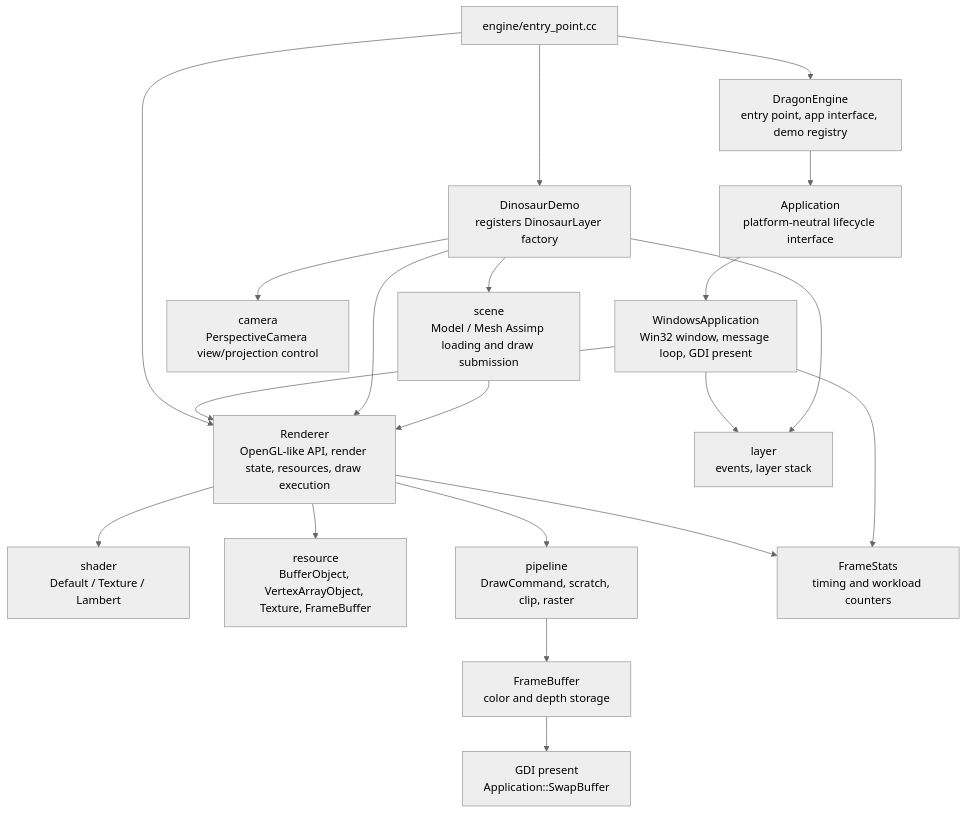
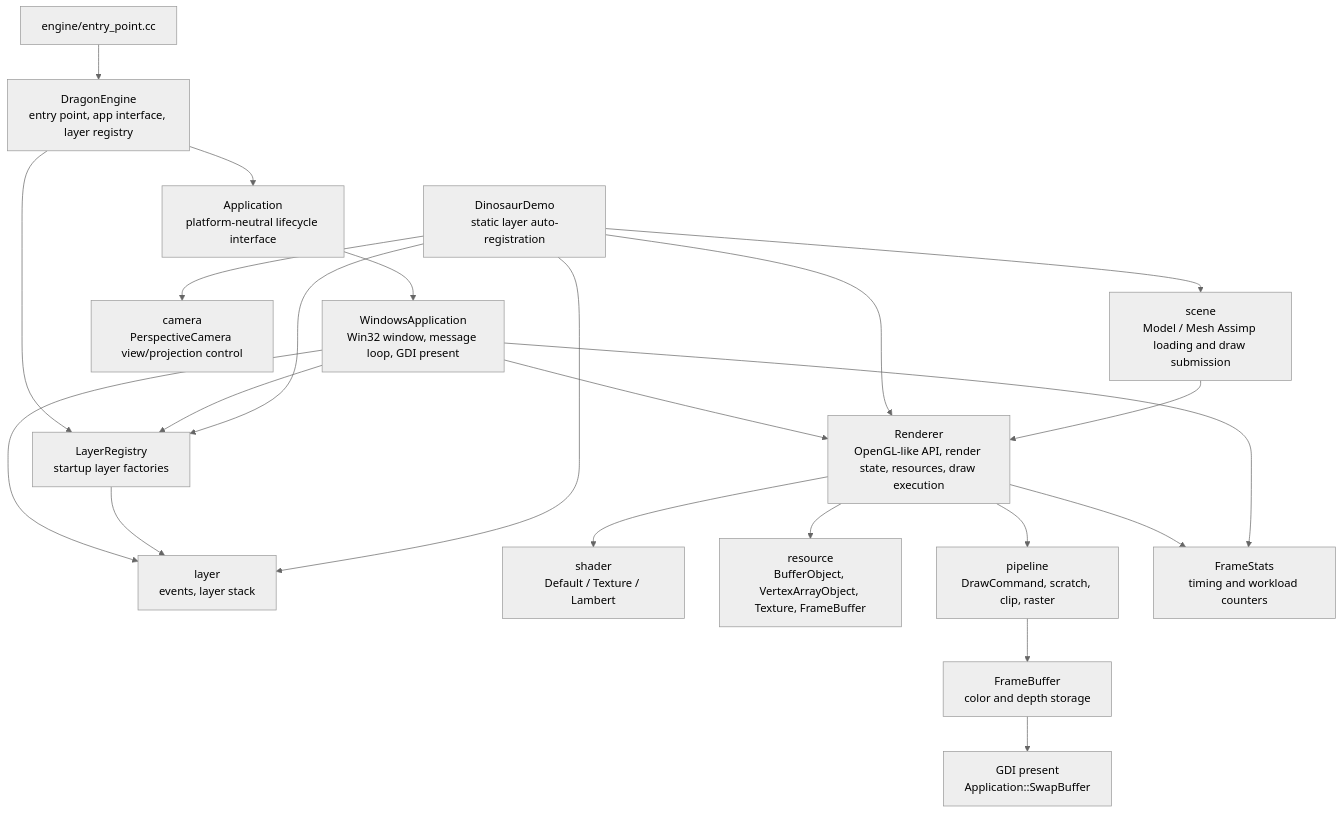
One commit to hangge1/DragonRenderer changed the first of 6 diagrams in docs/ARCHITECTURE.md. Above: the diagram before and after it, drawn with Mermaid (neutral theme). The commit also changed other lines of this file and 12 other files, not shown here.

Commit message:
refactor: auto-register engine startup layers

````diff
--- a/docs/ARCHITECTURE.md
+++ b/docs/ARCHITECTURE.md
@@ -9,38 +9,41 @@
 ```mermaid
 flowchart TB
     Entry["engine/entry_point.cc"]
-    Engine["DragonEngine<br/>entry point, app interface, demo registry"]
+    Engine["DragonEngine<br/>entry point, app interface, layer registry"]
     App["Application<br/>platform-neutral lifecycle interface"]
     Win32App["WindowsApplication<br/>Win32 window, message loop, GDI present"]
-    DinosaurDemo["DinosaurDemo<br/>registers DinosaurLayer factory"]
+    LayerRegistry["LayerRegistry<br/>startup layer factories"]
+    DinosaurDemo["DinosaurDemo<br/>static layer auto-registration"]
     Renderer["Renderer<br/>OpenGL-like API, render state, resources, draw execution"]
     LayerSystem["layer<br/>events, layer stack"]
     Camera["camera<br/>PerspectiveCamera view/projection control"]
     Model["scene<br/>Model / Mesh Assimp loading and draw submission"]
     Shader["shader<br/>Default / Texture / Lambert"]
     Resources["resource<br/>BufferObject, VertexArrayObject, Texture, FrameBuffer"]
     Pipeline["pipeline<br/>DrawCommand, scratch, clip, raster"]
     FrameBuffer["FrameBuffer<br/>color and depth storage"]
     Present["GDI present<br/>Application::SwapBuffer"]
     Stats["FrameStats<br/>timing and workload counters"]
 
     Entry --> Engine
     Engine --> App
+    Engine --> LayerRegistry
     App --> Win32App
-    Entry --> DinosaurDemo
-    Entry --> Renderer
     Win32App --> Renderer
     Win32App --> LayerSystem
+    Win32App --> LayerRegistry
+    DinosaurDemo --> LayerRegistry
+    LayerRegistry --> LayerSystem
     DinosaurDemo --> LayerSystem
     DinosaurDemo --> Camera
     DinosaurDemo --> Model
     DinosaurDemo --> Renderer
     Model --> Renderer
     Renderer --> Resources
     Renderer --> Shader
     Renderer --> Pipeline
     Pipeline --> FrameBuffer
     Renderer --> Stats
     Win32App --> Stats
     FrameBuffer --> Present
 ```
````
